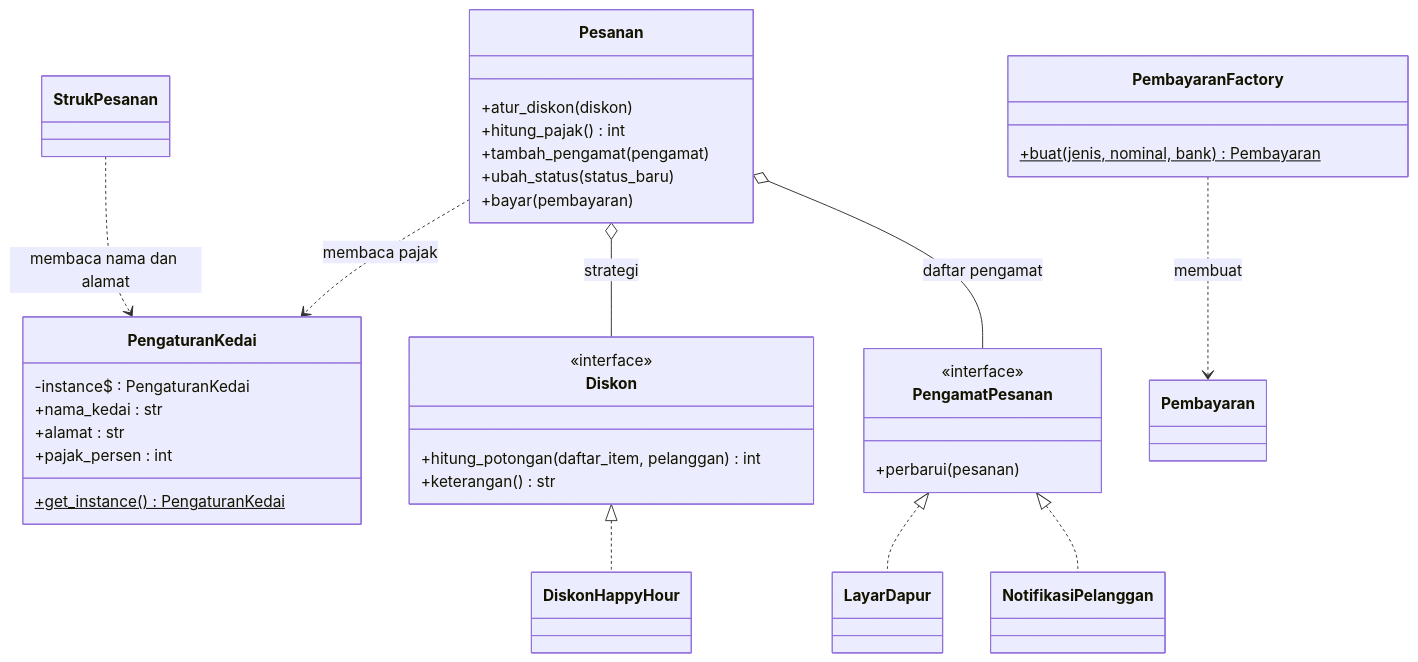
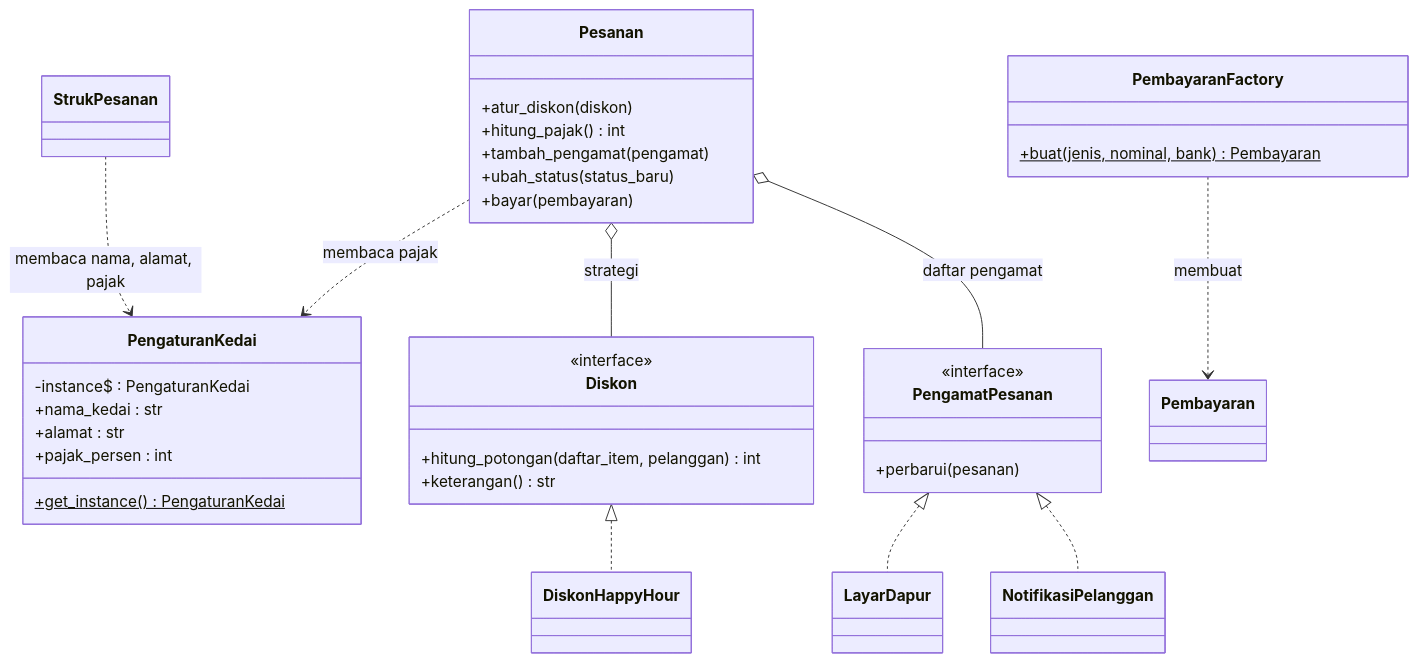
One commit to antonprafanto/PBO2026 changed the seventh of 7 diagrams in Pertemuan-14-Design-Pattern/README.md. Above: the diagram before and after it, drawn with Mermaid. The commit also changed other lines of this file and 291 other files, not shown here.

````diff
--- a/Pertemuan-14-Design-Pattern/README.md
+++ b/Pertemuan-14-Design-Pattern/README.md
@@ -487,37 +492,37 @@
 ```mermaid
 classDiagram
     class PengaturanKedai {
         -instance$ : PengaturanKedai
         +get_instance()$ PengaturanKedai
         +nama_kedai : str
         +alamat : str
         +pajak_persen : int
     }
     class PembayaranFactory {
         +buat(jenis, nominal, bank)$ Pembayaran
     }
     class Pesanan {
         +atur_diskon(diskon)
         +hitung_pajak() int
         +tambah_pengamat(pengamat)
         +ubah_status(status_baru)
         +bayar(pembayaran)
     }
     class Diskon {
         <<interface>>
         +hitung_potongan(daftar_item, pelanggan) int
         +keterangan() str
     }
     class PengamatPesanan {
         <<interface>>
         +perbarui(pesanan)
     }
     Pesanan ..> PengaturanKedai : membaca pajak
-    StrukPesanan ..> PengaturanKedai : membaca nama dan alamat
+    StrukPesanan ..> PengaturanKedai : membaca nama, alamat, pajak
     PembayaranFactory ..> Pembayaran : membuat
     Pesanan o-- Diskon : strategi
     Diskon <|.. DiskonHappyHour
     Pesanan o-- PengamatPesanan : daftar pengamat
     PengamatPesanan <|.. LayarDapur
     PengamatPesanan <|.. NotifikasiPelanggan
 ```
````
